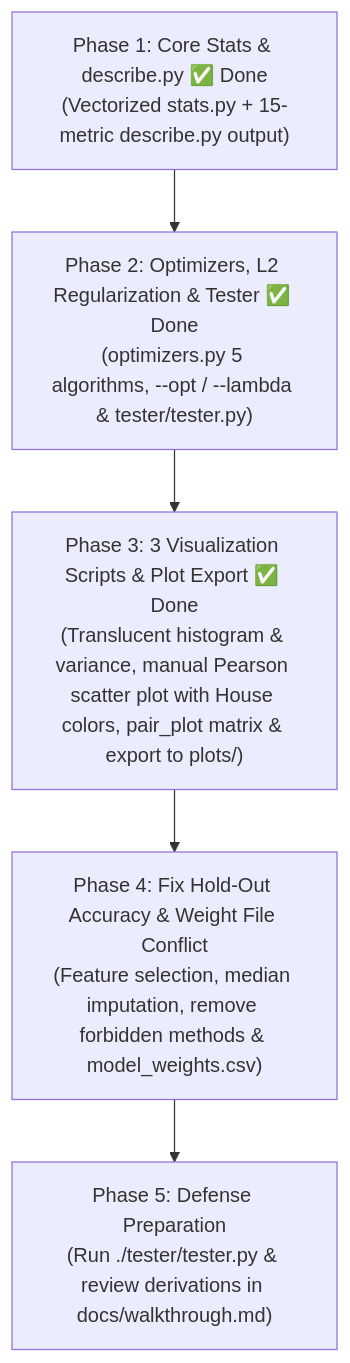
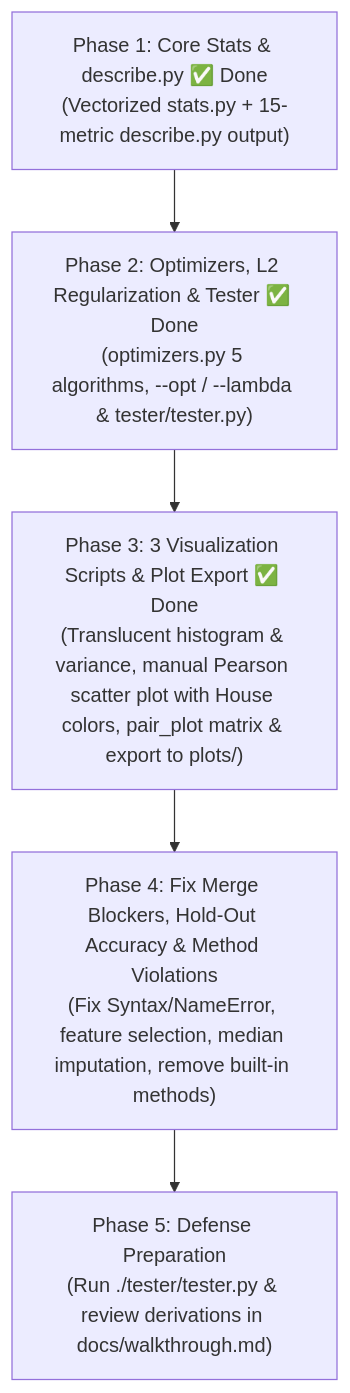
Before and after one commit to GauChau/dslr: the second of 2 diagrams in docs/TODO.md, drawn with Mermaid. The commit also changed other lines of this file, not shown here.

````diff
--- a/docs/TODO.md
+++ b/docs/TODO.md
@@ -356,7 +367,7 @@
 ```mermaid
 flowchart TD
     A["Phase 1: Core Stats & describe.py ✅ Done<br>(Vectorized stats.py + 15-metric describe.py output)"] --> B["Phase 2: Optimizers, L2 Regularization & Tester ✅ Done<br>(optimizers.py 5 algorithms, --opt / --lambda & tester/tester.py)"]
     B --> C["Phase 3: 3 Visualization Scripts & Plot Export ✅ Done<br>(Translucent histogram & variance, manual Pearson scatter plot with House colors, pair_plot matrix & export to plots/)"]
-    C --> D["Phase 4: Fix Hold-Out Accuracy & Weight File Conflict<br>(Feature selection, median imputation, remove forbidden methods & model_weights.csv)"]
+    C --> D["Phase 4: Fix Merge Blockers, Hold-Out Accuracy & Method Violations<br>(Fix Syntax/NameError, feature selection, median imputation, remove built-in methods)"]
     D --> E["Phase 5: Defense Preparation<br>(Run ./tester/tester.py & review derivations in docs/walkthrough.md)"]
 ```
````
